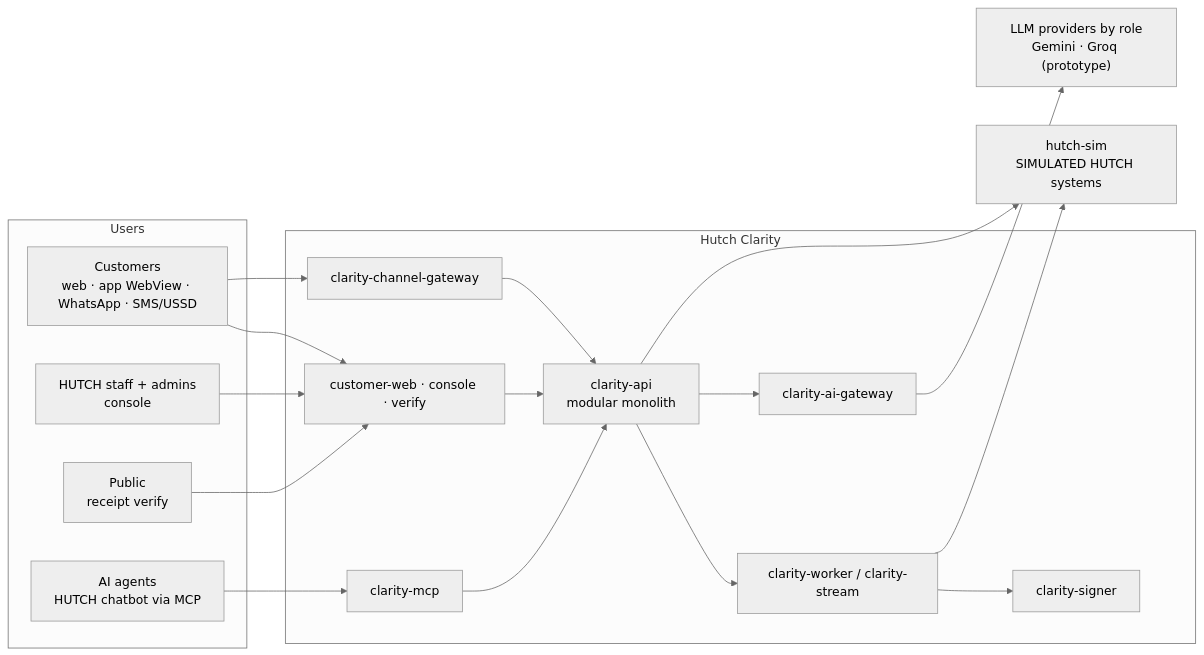
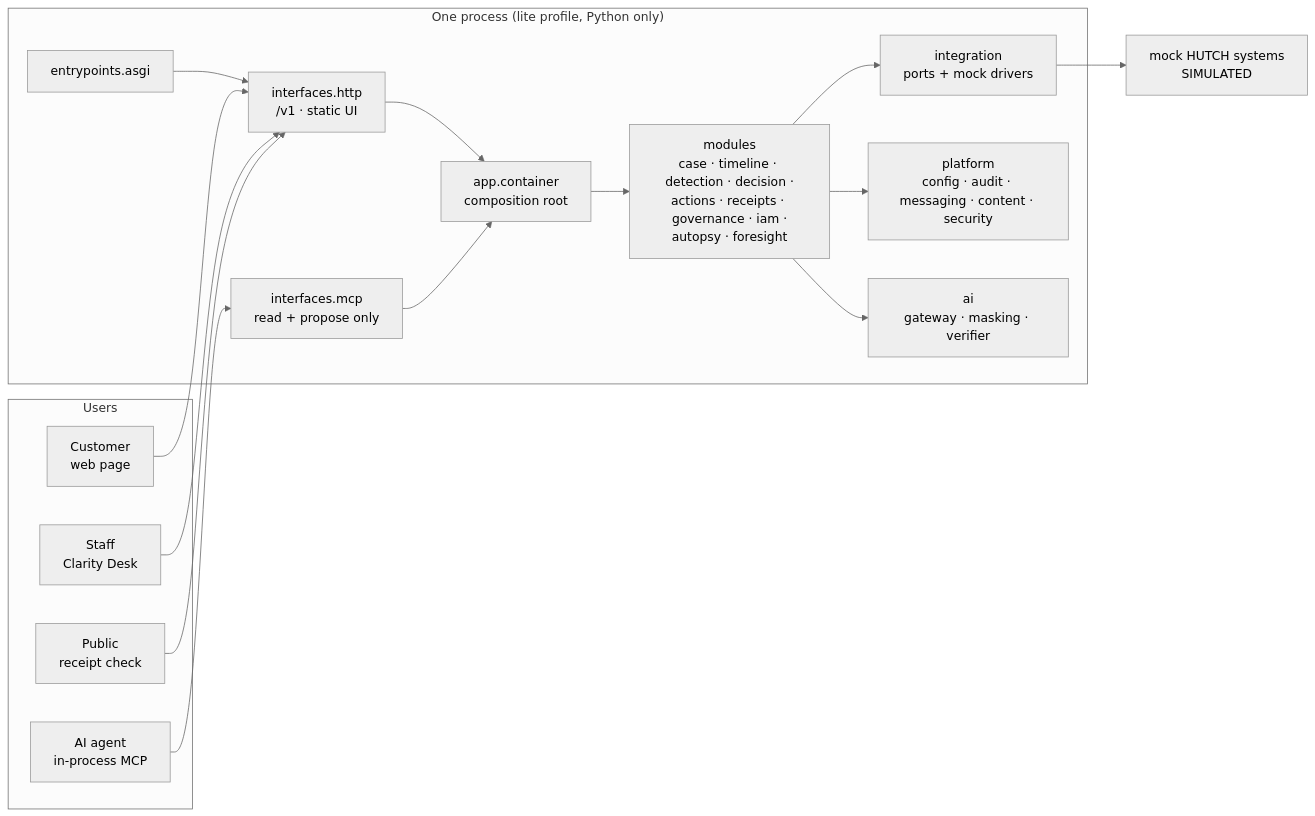
One commit to Pasidu-Mihiranga/HutchClarity changed the diagram in ARCHITECTURE.md. Above: the diagram before and after it, drawn with Mermaid (neutral theme). The commit also changed other lines of this file and 567 other files, not shown here.

````diff
--- a/ARCHITECTURE.md
+++ b/ARCHITECTURE.md
@@ -11,30 +11,31 @@
 ```mermaid
 flowchart LR
     subgraph Users
-        C["Customers<br/>web · app WebView · WhatsApp · SMS/USSD"]
-        S["HUTCH staff + admins<br/>console"]
-        P["Public<br/>receipt verify"]
-        AG["AI agents<br/>HUTCH chatbot via MCP"]
+        C["Customer<br/>web page"]
+        S["Staff<br/>Clarity Desk"]
+        P["Public<br/>receipt check"]
+        AG["AI agent<br/>in-process MCP"]
     end
-    subgraph Clarity["Hutch Clarity"]
-        FE["customer-web · console · verify"]
-        API["clarity-api<br/>modular monolith"]
-        WK["clarity-worker / clarity-stream"]
-        MCP["clarity-mcp"]
-        AIG["clarity-ai-gateway"]
-        SIG["clarity-signer"]
-        CHG["clarity-channel-gateway"]
+    subgraph Process["One process (lite profile, Python only)"]
+        ENT["entrypoints.asgi"]
+        HTTP["interfaces.http<br/>/v1 · static UI"]
+        MCP["interfaces.mcp<br/>read + propose only"]
+        APP["app.container<br/>composition root"]
+        MOD["modules<br/>case · timeline · detection · decision ·<br/>actions · receipts · governance · iam ·<br/>autopsy · foresight"]
+        AI["ai<br/>gateway · masking · verifier"]
+        PLT["platform<br/>config · audit · messaging · content · security"]
+        INT["integration<br/>ports + mock drivers"]
     end
-    SIM["hutch-sim<br/>SIMULATED HUTCH systems"]
-    LLM["LLM providers by role<br/>Gemini · Groq (prototype)"]
-    C --> FE --> API
-    C --> CHG --> API
-    S --> FE
-    P --> FE
-    AG --> MCP --> API
-    API --> WK
-    API --> AIG --> LLM
-    WK --> SIG
-    API --> SIM
-    WK --> SIM
+    SIM["mock HUTCH systems<br/>SIMULATED"]
+    C --> HTTP
+    S --> HTTP
+    P --> HTTP
+    AG --> MCP
+    ENT --> HTTP
+    HTTP --> APP
+    MCP --> APP
+    APP --> MOD
+    MOD --> AI
+    MOD --> PLT
+    MOD --> INT --> SIM
 ```
````
